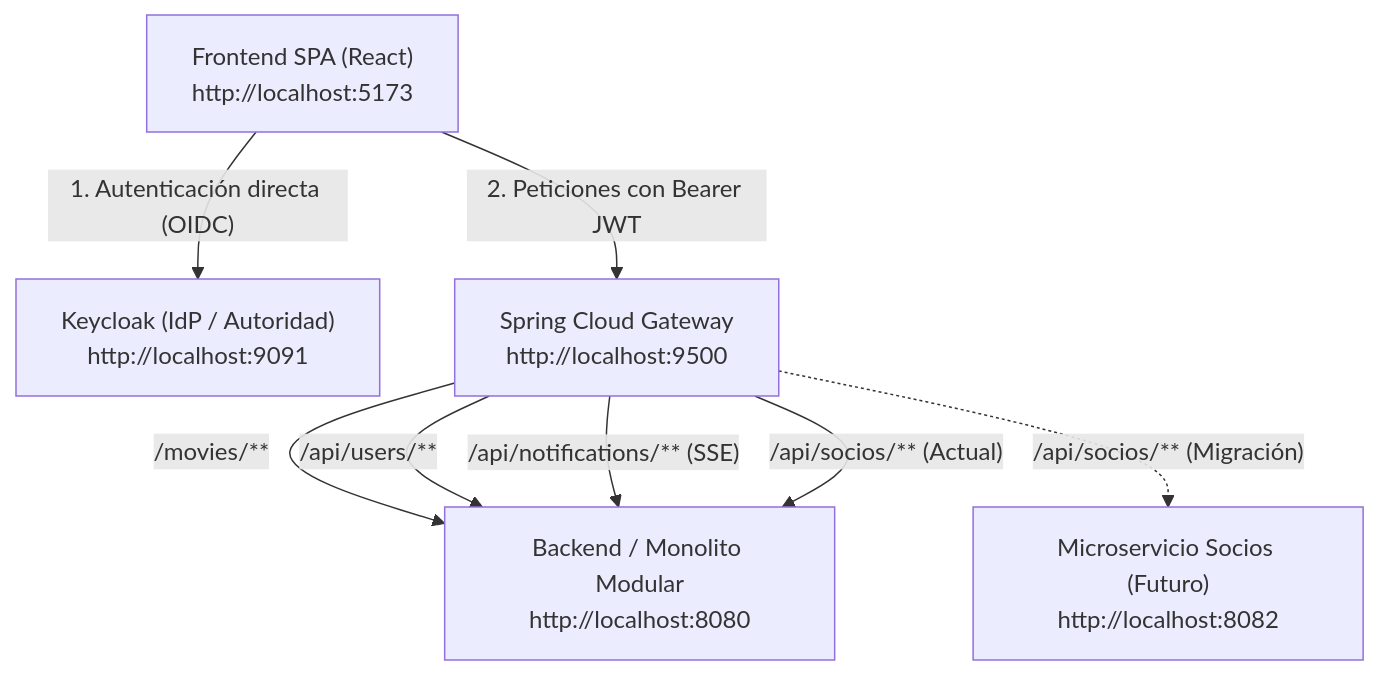
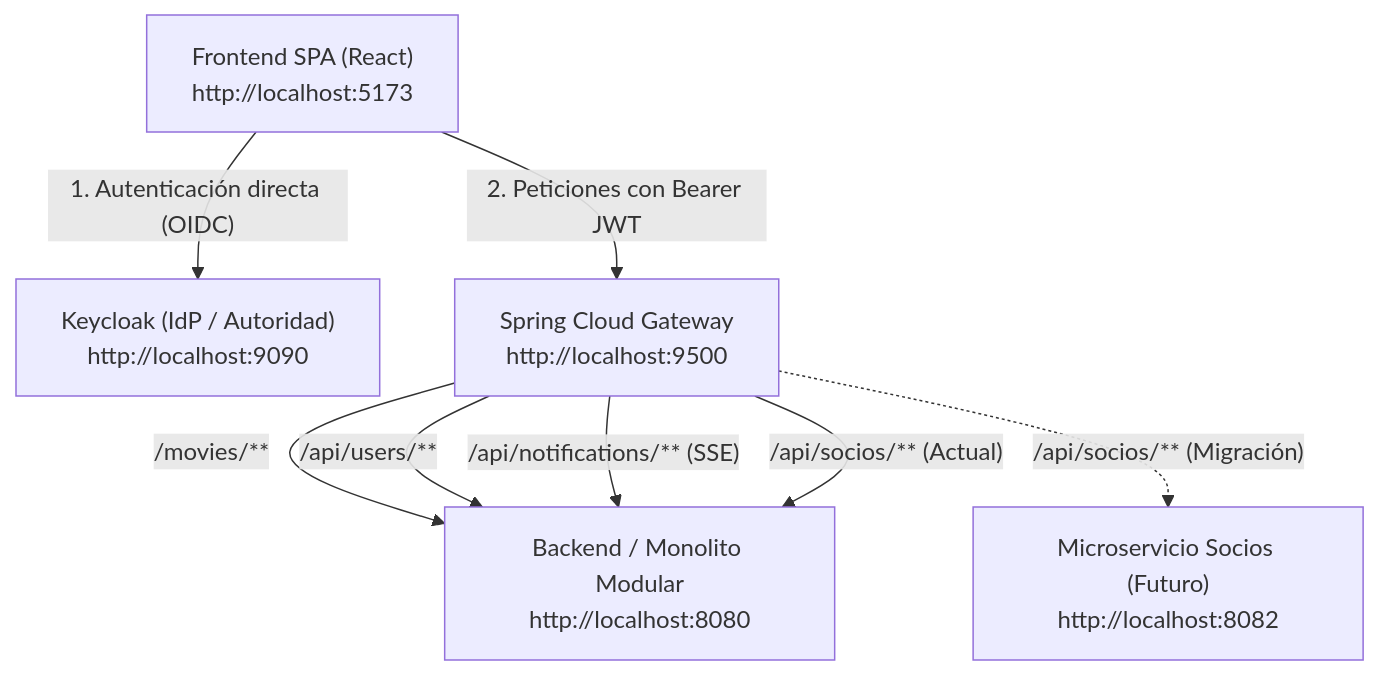
Before and after one commit to hmunoz/springboot-sso: the first of 2 diagrams in docs/api-gateway.md, drawn with Mermaid. The commit also changed other lines of this file and 12 other files, not shown here.

````diff
--- a/docs/api-gateway.md
+++ b/docs/api-gateway.md
@@ -11,16 +11,16 @@
 ```mermaid
 flowchart TD
     SPA["Frontend SPA (React)<br/>http://localhost:5173"]
-    KC["Keycloak (IdP / Autoridad)<br/>http://localhost:9091"]
+    KC["Keycloak (IdP / Autoridad)<br/>http://localhost:9090"]
     GW["Spring Cloud Gateway<br/>http://localhost:9500"]
     BE["Backend / Monolito Modular<br/>http://localhost:8080"]
     S_SOCIOS["Microservicio Socios (Futuro)<br/>http://localhost:8082"]
 
     SPA -- "1. Autenticación directa (OIDC)" --> KC
     SPA -- "2. Peticiones con Bearer JWT" --> GW
     GW -- "/movies/**" --> BE
     GW -- "/api/users/**" --> BE
     GW -- "/api/notifications/** (SSE)" --> BE
     GW -. "/api/socios/** (Migración)" .-> S_SOCIOS
     GW -- "/api/socios/** (Actual)" --> BE
 ```
````
